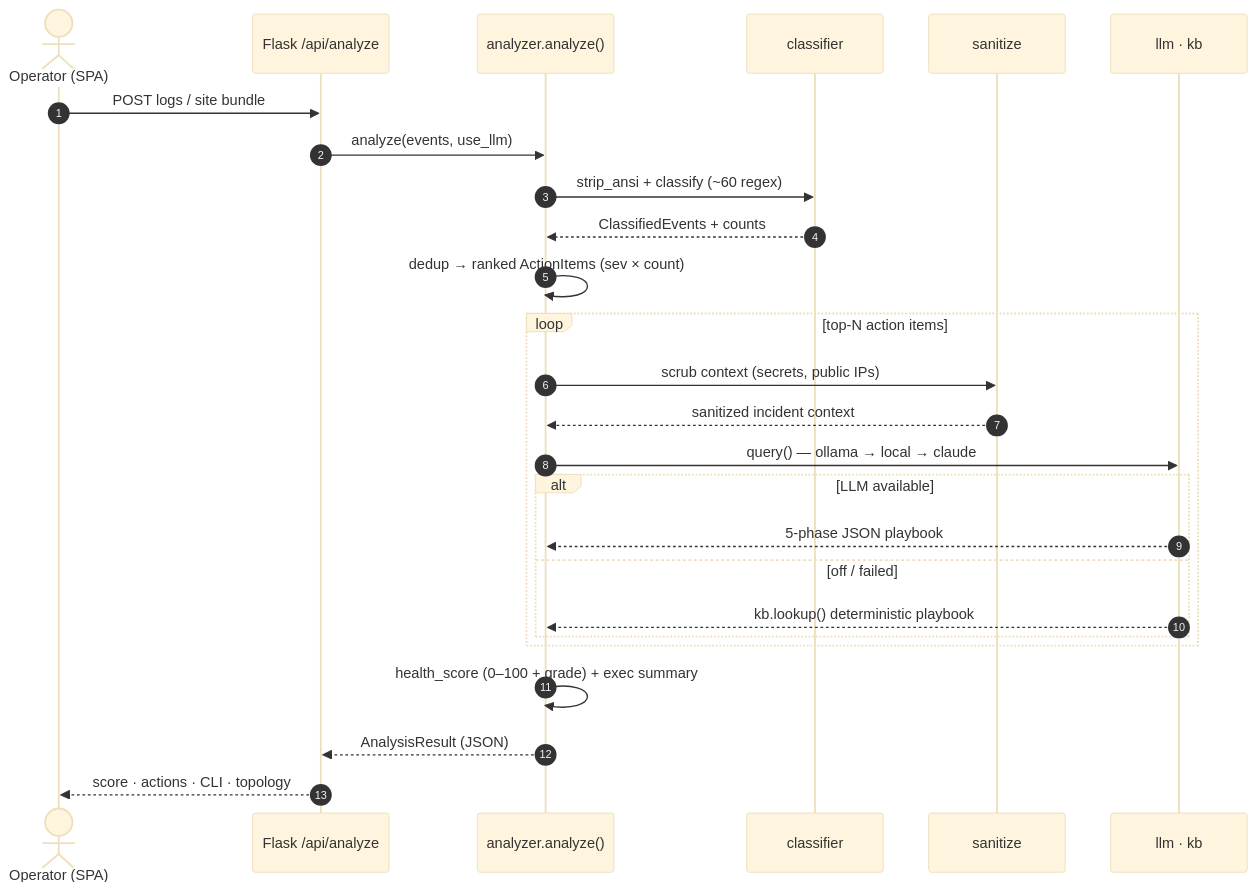
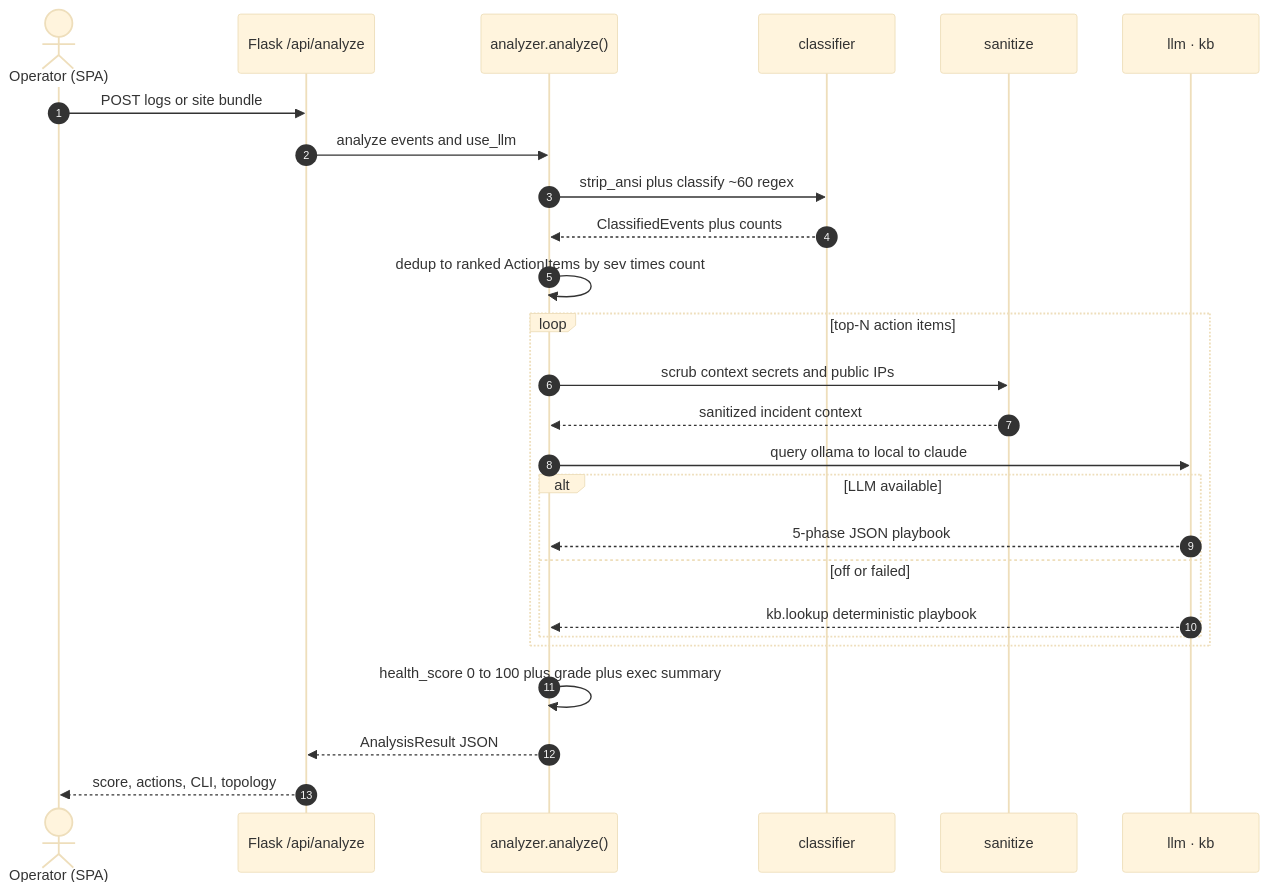
The third of 7 diagrams in docs/ARCHITECTURE.md (gesh75/netlog-ai), drawn with Mermaid (base theme) before and after one commit. The commit also changed other lines of this file and 1 other file, not shown here.

Commit message:
docs: harden mermaid diagrams for reliable GitHub rendering

````diff
--- a/docs/ARCHITECTURE.md
+++ b/docs/ARCHITECTURE.md
@@ -128,29 +128,29 @@
 ```mermaid
 sequenceDiagram
     autonumber
     actor OP as Operator (SPA)
     participant API as Flask /api/analyze
     participant AN as analyzer.analyze()
     participant CL as classifier
     participant SA as sanitize
     participant LK as llm · kb
 
-    OP->>API: POST logs / site bundle
-    API->>AN: analyze(events, use_llm)
-    AN->>CL: strip_ansi + classify (~60 regex)
-    CL-->>AN: ClassifiedEvents + counts
-    AN->>AN: dedup → ranked ActionItems (sev × count)
+    OP->>API: POST logs or site bundle
+    API->>AN: analyze events and use_llm
+    AN->>CL: strip_ansi plus classify ~60 regex
+    CL-->>AN: ClassifiedEvents plus counts
+    AN->>AN: dedup to ranked ActionItems by sev times count
     loop top-N action items
-        AN->>SA: scrub context (secrets, public IPs)
+        AN->>SA: scrub context secrets and public IPs
         SA-->>AN: sanitized incident context
-        AN->>LK: query() — ollama → local → claude
+        AN->>LK: query ollama to local to claude
         alt LLM available
             LK-->>AN: 5-phase JSON playbook
-        else off / failed
-            LK-->>AN: kb.lookup() deterministic playbook
+        else off or failed
+            LK-->>AN: kb.lookup deterministic playbook
         end
     end
-    AN->>AN: health_score (0–100 + grade) + exec summary
-    AN-->>API: AnalysisResult (JSON)
-    API-->>OP: score · actions · CLI · topology
+    AN->>AN: health_score 0 to 100 plus grade plus exec summary
+    AN-->>API: AnalysisResult JSON
+    API-->>OP: score, actions, CLI, topology
 ```
````
